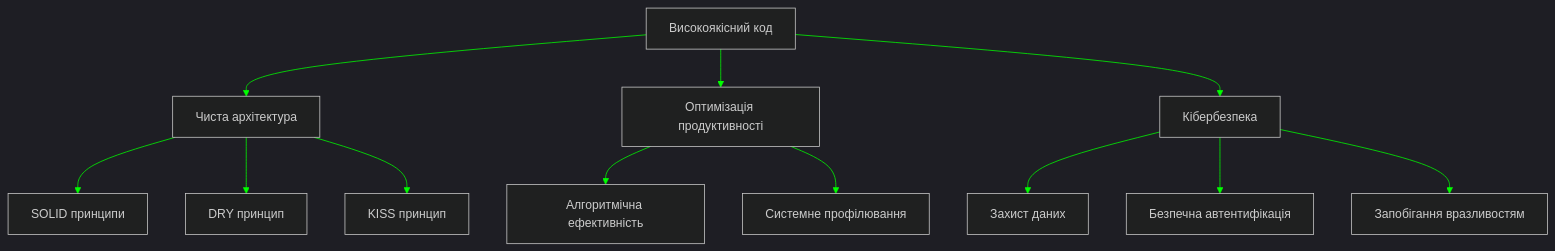
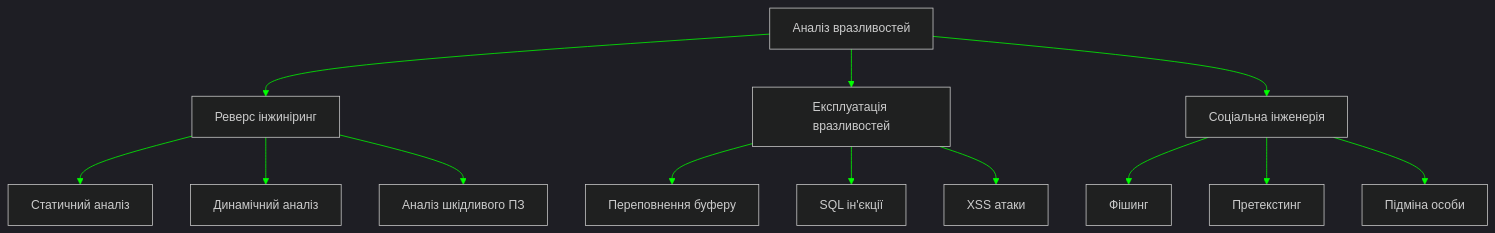
The diagram in README.md (YALOKGARua/YALOKGARua), drawn with Mermaid before and after one commit. The commit also changed other lines of this file, not shown here.

````diff
--- a/README.md
+++ b/README.md
@@ -354,18 +366,19 @@
 ```mermaid
 %%{init: {'theme': 'dark', 'themeVariables': { 'primaryColor': '#000000', 'primaryTextColor': '#00FF00', 'primaryBorderColor': '#00FF00', 'lineColor': '#00FF00', 'secondaryColor': '#000000', 'tertiaryColor': '#000000'}}}%%
 graph TD
-    A[Високоякісний код] --> B[Чиста архітектура]
-    A --> C[Оптимізація продуктивності]
-    A --> D[Кібербезпека]
+    A[Аналіз вразливостей] --> B[Реверс інжиніринг]
+    A --> C[Експлуатація вразливостей]
+    A --> D[Соціальна інженерія]
     
-    B --> E[SOLID принципи]
-    B --> F[DRY принцип]
-    B --> G[KISS принцип]
+    B --> E[Статичний аналіз]
+    B --> F[Динамічний аналіз]
+    B --> G[Аналіз шкідливого ПЗ]
     
-    C --> H[Алгоритмічна ефективність]
-    C --> I[Системне профілювання]
+    C --> H[Переповнення буферу]
+    C --> I[SQL ін'єкції]
+    C --> J[XSS атаки]
     
-    D --> J[Захист даних]
-    D --> K[Безпечна автентифікація]
-    D --> L[Запобігання вразливостям]
+    D --> K[Фішинг]
+    D --> L[Претекстинг]
+    D --> M[Підміна особи]
 ```
````
